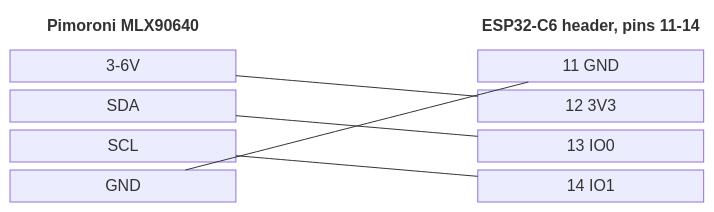
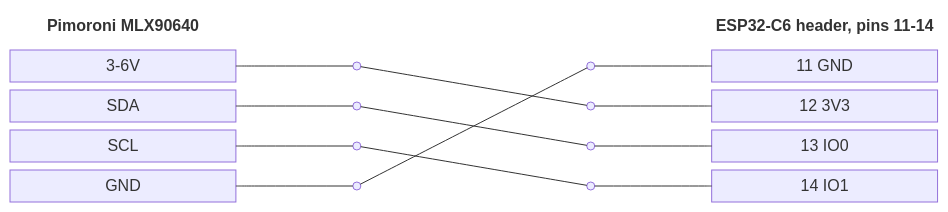
One commit to epatel/diy-ir-cam changed the diagram in README.md. Above: the diagram before and after it, drawn with Mermaid.

Commit message:
README: route wiring diagram lines out of box sides

````diff
--- a/README.md
+++ b/README.md
@@ -42,15 +42,23 @@
 ```mermaid
 block-beta
-  columns 3
-  MLX["Pimoroni MLX90640"] space H["ESP32-C6 header, pins 11-14"]
-  V["3-6V"] space P11["11 GND"]
-  SDA space P12["12 3V3"]
-  SCL space P13["13 IO0"]
-  G["GND"] space P14["14 IO1"]
-  V --- P12
-  SDA --- P13
-  SCL --- P14
-  G --- P11
+  columns 4
+  MLX["Pimoroni MLX90640"] space space H["ESP32-C6 header, pins 11-14"]
+  V["3-6V"] a1((" ")) b1((" ")) P11["11 GND"]
+  SDA a2((" ")) b2((" ")) P12["12 3V3"]
+  SCL a3((" ")) b3((" ")) P13["13 IO0"]
+  G["GND"] a4((" ")) b4((" ")) P14["14 IO1"]
+  V --- a1
+  SDA --- a2
+  SCL --- a3
+  G --- a4
+  b1 --- P11
+  b2 --- P12
+  b3 --- P13
+  b4 --- P14
+  a1 --- b2
+  a2 --- b3
+  a3 --- b4
+  a4 --- b1
   classDef title fill:none,stroke:none,font-weight:bold
   class MLX,H title
 ```
````
